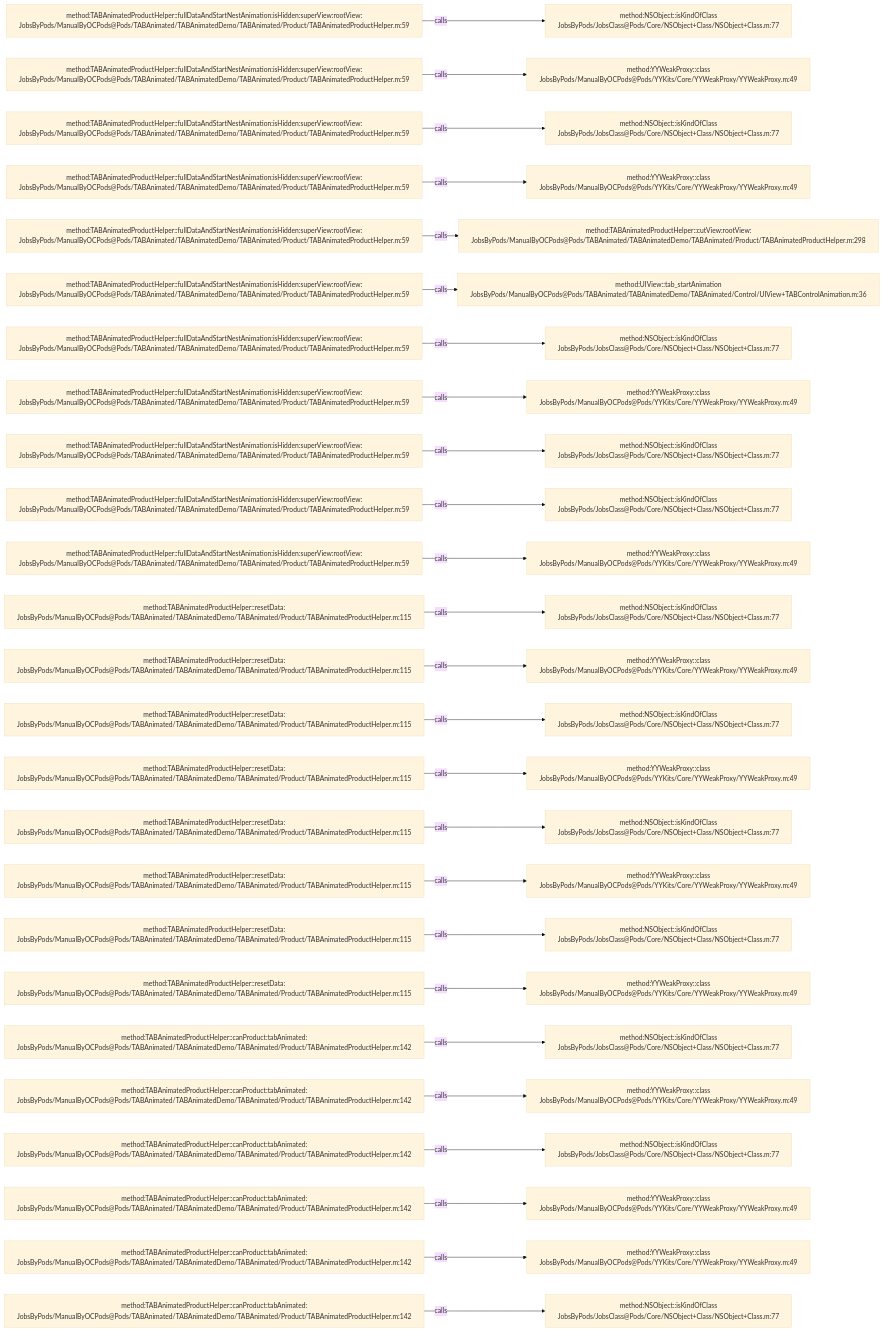
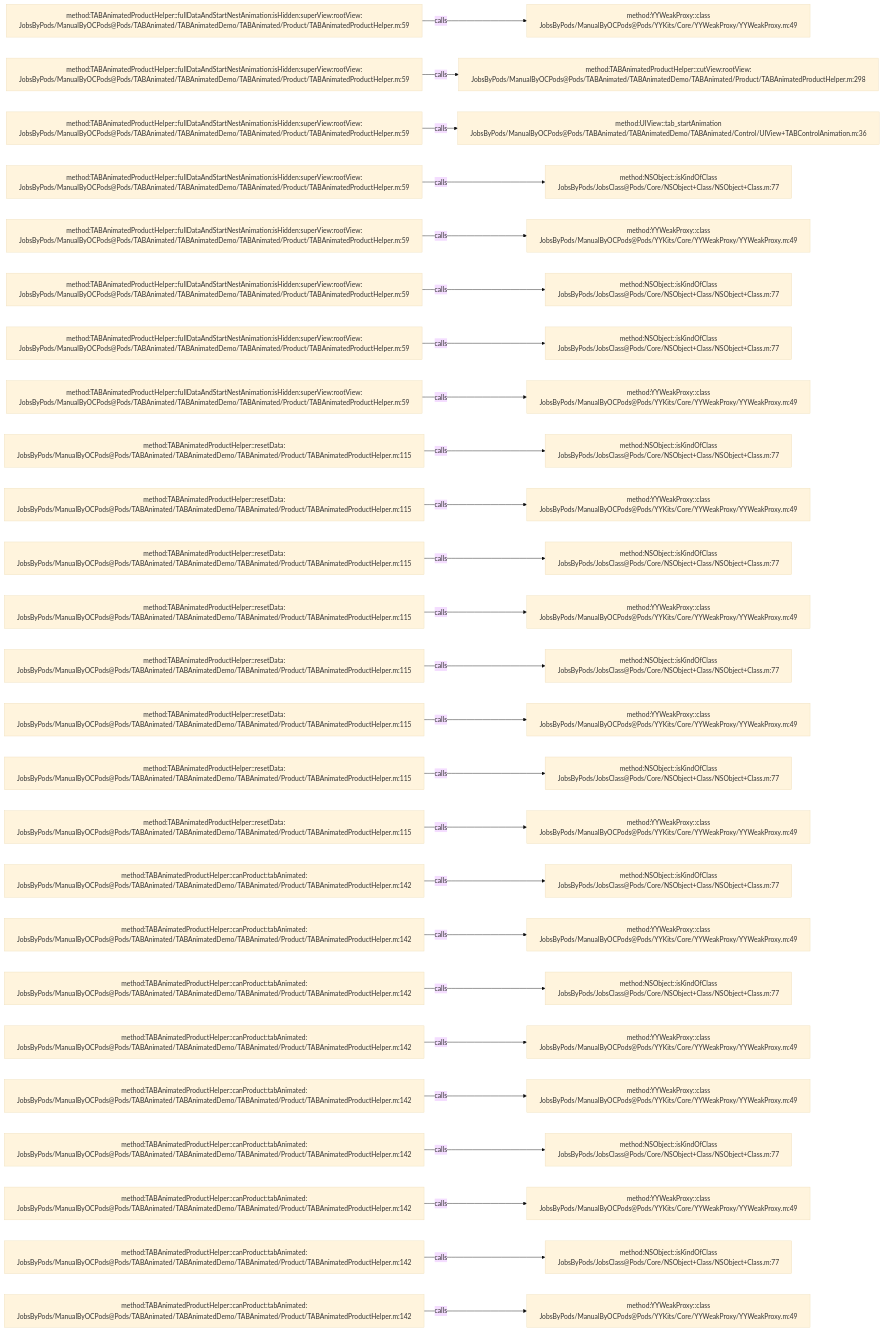
Before and after one commit to JobsKits/JobsOCBaseConfigDemo: the diagram in .codegraph/codegraph.md/graphs/calls-035.md, drawn with Mermaid (base theme). The commit also changed 342 other files, not shown here.

````diff
--- a/.codegraph/codegraph.md/graphs/calls-035.md
+++ b/.codegraph/codegraph.md/graphs/calls-035.md
@@ -13,78 +13,78 @@
 ```mermaid
 flowchart LR
   S1["method:TABAnimatedProductHelper::fullDataAndStartNestAnimation:isHidden:superView:rootView:<br/>JobsByPods/ManualByOCPods@Pods/TABAnimated/TABAnimatedDemo/TABAnimated/Product/TABAnimatedProductHelper.m:59"]
-  T1["method:NSObject::isKindOfClass<br/>JobsByPods/JobsClass@Pods/Core/NSObject+Class/NSObject+Class.m:77"]
+  T1["method:YYWeakProxy::class<br/>JobsByPods/ManualByOCPods@Pods/YYKits/Core/YYWeakProxy/YYWeakProxy.m:49"]
   S1 -->|calls| T1
   S2["method:TABAnimatedProductHelper::fullDataAndStartNestAnimation:isHidden:superView:rootView:<br/>JobsByPods/ManualByOCPods@Pods/TABAnimated/TABAnimatedDemo/TABAnimated/Product/TABAnimatedProductHelper.m:59"]
-  T2["method:YYWeakProxy::class<br/>JobsByPods/ManualByOCPods@Pods/YYKits/Core/YYWeakProxy/YYWeakProxy.m:49"]
+  T2["method:TABAnimatedProductHelper::cutView:rootView:<br/>JobsByPods/ManualByOCPods@Pods/TABAnimated/TABAnimatedDemo/TABAnimated/Product/TABAnimatedProductHelper.m:298"]
   S2 -->|calls| T2
   S3["method:TABAnimatedProductHelper::fullDataAndStartNestAnimation:isHidden:superView:rootView:<br/>JobsByPods/ManualByOCPods@Pods/TABAnimated/TABAnimatedDemo/TABAnimated/Product/TABAnimatedProductHelper.m:59"]
-  T3["method:NSObject::isKindOfClass<br/>JobsByPods/JobsClass@Pods/Core/NSObject+Class/NSObject+Class.m:77"]
+  T3["method:UIView::tab_startAnimation<br/>JobsByPods/ManualByOCPods@Pods/TABAnimated/TABAnimatedDemo/TABAnimated/Control/UIView+TABControlAnimation.m:36"]
   S3 -->|calls| T3
   S4["method:TABAnimatedProductHelper::fullDataAndStartNestAnimation:isHidden:superView:rootView:<br/>JobsByPods/ManualByOCPods@Pods/TABAnimated/TABAnimatedDemo/TABAnimated/Product/TABAnimatedProductHelper.m:59"]
-  T4["method:YYWeakProxy::class<br/>JobsByPods/ManualByOCPods@Pods/YYKits/Core/YYWeakProxy/YYWeakProxy.m:49"]
+  T4["method:NSObject::isKindOfClass<br/>JobsByPods/JobsClass@Pods/Core/NSObject+Class/NSObject+Class.m:77"]
   S4 -->|calls| T4
   S5["method:TABAnimatedProductHelper::fullDataAndStartNestAnimation:isHidden:superView:rootView:<br/>JobsByPods/ManualByOCPods@Pods/TABAnimated/TABAnimatedDemo/TABAnimated/Product/TABAnimatedProductHelper.m:59"]
-  T5["method:TABAnimatedProductHelper::cutView:rootView:<br/>JobsByPods/ManualByOCPods@Pods/TABAnimated/TABAnimatedDemo/TABAnimated/Product/TABAnimatedProductHelper.m:298"]
+  T5["method:YYWeakProxy::class<br/>JobsByPods/ManualByOCPods@Pods/YYKits/Core/YYWeakProxy/YYWeakProxy.m:49"]
   S5 -->|calls| T5
   S6["method:TABAnimatedProductHelper::fullDataAndStartNestAnimation:isHidden:superView:rootView:<br/>JobsByPods/ManualByOCPods@Pods/TABAnimated/TABAnimatedDemo/TABAnimated/Product/TABAnimatedProductHelper.m:59"]
-  T6["method:UIView::tab_startAnimation<br/>JobsByPods/ManualByOCPods@Pods/TABAnimated/TABAnimatedDemo/TABAnimated/Control/UIView+TABControlAnimation.m:36"]
+  T6["method:NSObject::isKindOfClass<br/>JobsByPods/JobsClass@Pods/Core/NSObject+Class/NSObject+Class.m:77"]
   S6 -->|calls| T6
   S7["method:TABAnimatedProductHelper::fullDataAndStartNestAnimation:isHidden:superView:rootView:<br/>JobsByPods/ManualByOCPods@Pods/TABAnimated/TABAnimatedDemo/TABAnimated/Product/TABAnimatedProductHelper.m:59"]
   T7["method:NSObject::isKindOfClass<br/>JobsByPods/JobsClass@Pods/Core/NSObject+Class/NSObject+Class.m:77"]
   S7 -->|calls| T7
   S8["method:TABAnimatedProductHelper::fullDataAndStartNestAnimation:isHidden:superView:rootView:<br/>JobsByPods/ManualByOCPods@Pods/TABAnimated/TABAnimatedDemo/TABAnimated/Product/TABAnimatedProductHelper.m:59"]
   T8["method:YYWeakProxy::class<br/>JobsByPods/ManualByOCPods@Pods/YYKits/Core/YYWeakProxy/YYWeakProxy.m:49"]
   S8 -->|calls| T8
-  S9["method:TABAnimatedProductHelper::fullDataAndStartNestAnimation:isHidden:superView:rootView:<br/>JobsByPods/ManualByOCPods@Pods/TABAnimated/TABAnimatedDemo/TABAnimated/Product/TABAnimatedProductHelper.m:59"]
+  S9["method:TABAnimatedProductHelper::resetData:<br/>JobsByPods/ManualByOCPods@Pods/TABAnimated/TABAnimatedDemo/TABAnimated/Product/TABAnimatedProductHelper.m:115"]
   T9["method:NSObject::isKindOfClass<br/>JobsByPods/JobsClass@Pods/Core/NSObject+Class/NSObject+Class.m:77"]
   S9 -->|calls| T9
-  S10["method:TABAnimatedProductHelper::fullDataAndStartNestAnimation:isHidden:superView:rootView:<br/>JobsByPods/ManualByOCPods@Pods/TABAnimated/TABAnimatedDemo/TABAnimated/Product/TABAnimatedProductHelper.m:59"]
-  T10["method:NSObject::isKindOfClass<br/>JobsByPods/JobsClass@Pods/Core/NSObject+Class/NSObject+Class.m:77"]
+  S10["method:TABAnimatedProductHelper::resetData:<br/>JobsByPods/ManualByOCPods@Pods/TABAnimated/TABAnimatedDemo/TABAnimated/Product/TABAnimatedProductHelper.m:115"]
+  T10["method:YYWeakProxy::class<br/>JobsByPods/ManualByOCPods@Pods/YYKits/Core/YYWeakProxy/YYWeakProxy.m:49"]
   S10 -->|calls| T10
-  S11["method:TABAnimatedProductHelper::fullDataAndStartNestAnimation:isHidden:superView:rootView:<br/>JobsByPods/ManualByOCPods@Pods/TABAnimated/TABAnimatedDemo/TABAnimated/Product/TABAnimatedProductHelper.m:59"]
-  T11["method:YYWeakProxy::class<br/>JobsByPods/ManualByOCPods@Pods/YYKits/Core/YYWeakProxy/YYWeakProxy.m:49"]
+  S11["method:TABAnimatedProductHelper::resetData:<br/>JobsByPods/ManualByOCPods@Pods/TABAnimated/TABAnimatedDemo/TABAnimated/Product/TABAnimatedProductHelper.m:115"]
+  T11["method:NSObject::isKindOfClass<br/>JobsByPods/JobsClass@Pods/Core/NSObject+Class/NSObject+Class.m:77"]
   S11 -->|calls| T11
   S12["method:TABAnimatedProductHelper::resetData:<br/>JobsByPods/ManualByOCPods@Pods/TABAnimated/TABAnimatedDemo/TABAnimated/Product/TABAnimatedProductHelper.m:115"]
-  T12["method:NSObject::isKindOfClass<br/>JobsByPods/JobsClass@Pods/Core/NSObject+Class/NSObject+Class.m:77"]
+  T12["method:YYWeakProxy::class<br/>JobsByPods/ManualByOCPods@Pods/YYKits/Core/YYWeakProxy/YYWeakProxy.m:49"]
   S12 -->|calls| T12
   S13["method:TABAnimatedProductHelper::resetData:<br/>JobsByPods/ManualByOCPods@Pods/TABAnimated/TABAnimatedDemo/TABAnimated/Product/TABAnimatedProductHelper.m:115"]
-  T13["method:YYWeakProxy::class<br/>JobsByPods/ManualByOCPods@Pods/YYKits/Core/YYWeakProxy/YYWeakProxy.m:49"]
+  T13["method:NSObject::isKindOfClass<br/>JobsByPods/JobsClass@Pods/Core/NSObject+Class/NSObject+Class.m:77"]
   S13 -->|calls| T13
   S14["method:TABAnimatedProductHelper::resetData:<br/>JobsByPods/ManualByOCPods@Pods/TABAnimated/TABAnimatedDemo/TABAnimated/Product/TABAnimatedProductHelper.m:115"]
-  T14["method:NSObject::isKindOfClass<br/>JobsByPods/JobsClass@Pods/Core/NSObject+Class/NSObject+Class.m:77"]
+  T14["method:YYWeakProxy::class<br/>JobsByPods/ManualByOCPods@Pods/YYKits/Core/YYWeakProxy/YYWeakProxy.m:49"]
   S14 -->|calls| T14
   S15["method:TABAnimatedProductHelper::resetData:<br/>JobsByPods/ManualByOCPods@Pods/TABAnimated/TABAnimatedDemo/TABAnimated/Product/TABAnimatedProductHelper.m:115"]
-  T15["method:YYWeakProxy::class<br/>JobsByPods/ManualByOCPods@Pods/YYKits/Core/YYWeakProxy/YYWeakProxy.m:49"]
+  T15["method:NSObject::isKindOfClass<br/>JobsByPods/JobsClass@Pods/Core/NSObject+Class/NSObject+Class.m:77"]
   S15 -->|calls| T15
   S16["method:TABAnimatedProductHelper::resetData:<br/>JobsByPods/ManualByOCPods@Pods/TABAnimated/TABAnimatedDemo/TABAnimated/Product/TABAnimatedProductHelper.m:115"]
-  T16["method:NSObject::isKindOfClass<br/>JobsByPods/JobsClass@Pods/Core/NSObject+Class/NSObject+Class.m:77"]
+  T16["method:YYWeakProxy::class<br/>JobsByPods/ManualByOCPods@Pods/YYKits/Core/YYWeakProxy/YYWeakProxy.m:49"]
   S16 -->|calls| T16
-  S17["method:TABAnimatedProductHelper::resetData:<br/>JobsByPods/ManualByOCPods@Pods/TABAnimated/TABAnimatedDemo/TABAnimated/Product/TABAnimatedProductHelper.m:115"]
-  T17["method:YYWeakProxy::class<br/>JobsByPods/ManualByOCPods@Pods/YYKits/Core/YYWeakProxy/YYWeakProxy.m:49"]
+  S17["method:TABAnimatedProductHelper::canProduct:tabAnimated:<br/>JobsByPods/ManualByOCPods@Pods/TABAnimated/TABAnimatedDemo/TABAnimated/Product/TABAnimatedProductHelper.m:142"]
+  T17["method:NSObject::isKindOfClass<br/>JobsByPods/JobsClass@Pods/Core/NSObject+Class/NSObject+Class.m:77"]
   S17 -->|calls| T17
-  S18["method:TABAnimatedProductHelper::resetData:<br/>JobsByPods/ManualByOCPods@Pods/TABAnimated/TABAnimatedDemo/TABAnimated/Product/TABAnimatedProductHelper.m:115"]
-  T18["method:NSObject::isKindOfClass<br/>JobsByPods/JobsClass@Pods/Core/NSObject+Class/NSObject+Class.m:77"]
+  S18["method:TABAnimatedProductHelper::canProduct:tabAnimated:<br/>JobsByPods/ManualByOCPods@Pods/TABAnimated/TABAnimatedDemo/TABAnimated/Product/TABAnimatedProductHelper.m:142"]
+  T18["method:YYWeakProxy::class<br/>JobsByPods/ManualByOCPods@Pods/YYKits/Core/YYWeakProxy/YYWeakProxy.m:49"]
   S18 -->|calls| T18
-  S19["method:TABAnimatedProductHelper::resetData:<br/>JobsByPods/ManualByOCPods@Pods/TABAnimated/TABAnimatedDemo/TABAnimated/Product/TABAnimatedProductHelper.m:115"]
-  T19["method:YYWeakProxy::class<br/>JobsByPods/ManualByOCPods@Pods/YYKits/Core/YYWeakProxy/YYWeakProxy.m:49"]
+  S19["method:TABAnimatedProductHelper::canProduct:tabAnimated:<br/>JobsByPods/ManualByOCPods@Pods/TABAnimated/TABAnimatedDemo/TABAnimated/Product/TABAnimatedProductHelper.m:142"]
+  T19["method:NSObject::isKindOfClass<br/>JobsByPods/JobsClass@Pods/Core/NSObject+Class/NSObject+Class.m:77"]
   S19 -->|calls| T19
   S20["method:TABAnimatedProductHelper::canProduct:tabAnimated:<br/>JobsByPods/ManualByOCPods@Pods/TABAnimated/TABAnimatedDemo/TABAnimated/Product/TABAnimatedProductHelper.m:142"]
-  T20["method:NSObject::isKindOfClass<br/>JobsByPods/JobsClass@Pods/Core/NSObject+Class/NSObject+Class.m:77"]
+  T20["method:YYWeakProxy::class<br/>JobsByPods/ManualByOCPods@Pods/YYKits/Core/YYWeakProxy/YYWeakProxy.m:49"]
   S20 -->|calls| T20
   S21["method:TABAnimatedProductHelper::canProduct:tabAnimated:<br/>JobsByPods/ManualByOCPods@Pods/TABAnimated/TABAnimatedDemo/TABAnimated/Product/TABAnimatedProductHelper.m:142"]
   T21["method:YYWeakProxy::class<br/>JobsByPods/ManualByOCPods@Pods/YYKits/Core/YYWeakProxy/YYWeakProxy.m:49"]
   S21 -->|calls| T21
   S22["method:TABAnimatedProductHelper::canProduct:tabAnimated:<br/>JobsByPods/ManualByOCPods@Pods/TABAnimated/TABAnimatedDemo/TABAnimated/Product/TABAnimatedProductHelper.m:142"]
   T22["method:NSObject::isKindOfClass<br/>JobsByPods/JobsClass@Pods/Core/NSObject+Class/NSObject+Class.m:77"]
   S22 -->|calls| T22
   S23["method:TABAnimatedProductHelper::canProduct:tabAnimated:<br/>JobsByPods/ManualByOCPods@Pods/TABAnimated/TABAnimatedDemo/TABAnimated/Product/TABAnimatedProductHelper.m:142"]
   T23["method:YYWeakProxy::class<br/>JobsByPods/ManualByOCPods@Pods/YYKits/Core/YYWeakProxy/YYWeakProxy.m:49"]
   S23 -->|calls| T23
   S24["method:TABAnimatedProductHelper::canProduct:tabAnimated:<br/>JobsByPods/ManualByOCPods@Pods/TABAnimated/TABAnimatedDemo/TABAnimated/Product/TABAnimatedProductHelper.m:142"]
-  T24["method:YYWeakProxy::class<br/>JobsByPods/ManualByOCPods@Pods/YYKits/Core/YYWeakProxy/YYWeakProxy.m:49"]
+  T24["method:NSObject::isKindOfClass<br/>JobsByPods/JobsClass@Pods/Core/NSObject+Class/NSObject+Class.m:77"]
   S24 -->|calls| T24
   S25["method:TABAnimatedProductHelper::canProduct:tabAnimated:<br/>JobsByPods/ManualByOCPods@Pods/TABAnimated/TABAnimatedDemo/TABAnimated/Product/TABAnimatedProductHelper.m:142"]
-  T25["method:NSObject::isKindOfClass<br/>JobsByPods/JobsClass@Pods/Core/NSObject+Class/NSObject+Class.m:77"]
+  T25["method:YYWeakProxy::class<br/>JobsByPods/ManualByOCPods@Pods/YYKits/Core/YYWeakProxy/YYWeakProxy.m:49"]
   S25 -->|calls| T25
 ```
````
